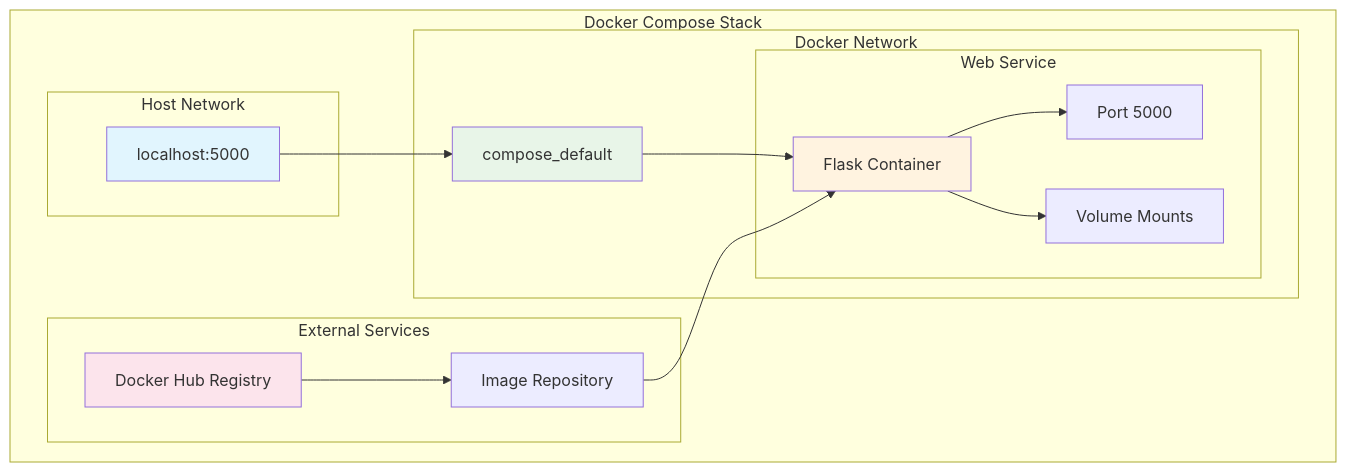
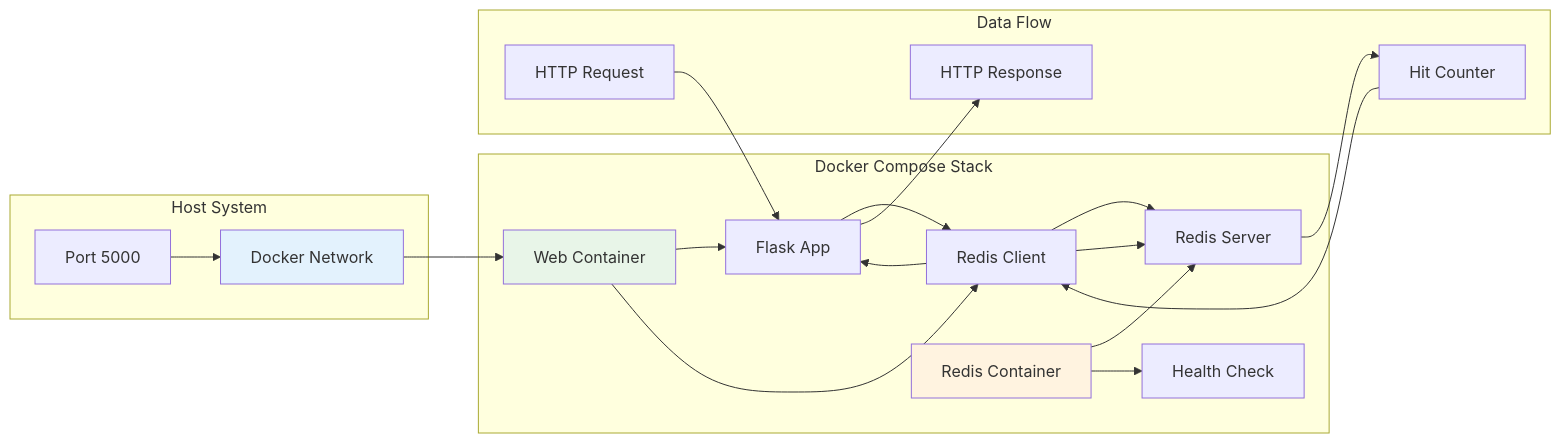
Before and after one commit to AnilPatel13/Docker-Kubernethes: the third of 3 diagrams in Docker Compose/README.md, drawn with Mermaid. The commit also changed other lines of this file and 102 other files, not shown here.

Commit message:
adding the docker compose file.

````diff
--- a/Docker Compose/README.md
+++ b/Docker Compose/README.md
@@ -170,35 +504,31 @@
 ```mermaid
-graph TB
-    subgraph "Docker Compose Stack"
-        subgraph "Host Network"
-            A[localhost:5000]
-        end
-        
-        subgraph "Docker Network"
-            B[compose_default]
-            
-            subgraph "Web Service"
-                C[Flask Container]
-                D[Port 5000]
-                E[Volume Mounts]
-            end
-        end
-        
-        subgraph "External Services"
-            F[Docker Hub Registry]
-            G[Image Repository]
-        end
+graph LR
+    subgraph "Host System"
+        A[Port 5000] --> B[Docker Network]
     end
     
-    A --> B
-    B --> C
-    C --> D
-    C --> E
-    F --> G
-    G --> C
+    subgraph "Docker Compose Stack"
+        B --> C[Web Container]
+        C --> D[Flask App]
+        C --> E[Redis Client]
+        
+        F[Redis Container] --> G[Redis Server]
+        F --> H[Health Check]
+        
+        E --> G
+    end
     
-    style A fill:#e1f5fe
-    style B fill:#e8f5e8
-    style C fill:#fff3e0
-    style F fill:#fce4ec
+    subgraph "Data Flow"
+        I[HTTP Request] --> D
+        D --> E
+        E --> G
+        G --> J[Hit Counter]
+        J --> E
+        E --> D
+        D --> K[HTTP Response]
+    end
+    
+    style C fill:#e8f5e8
+    style F fill:#fff3e0
+    style B fill:#e3f2fd
 ```
````
